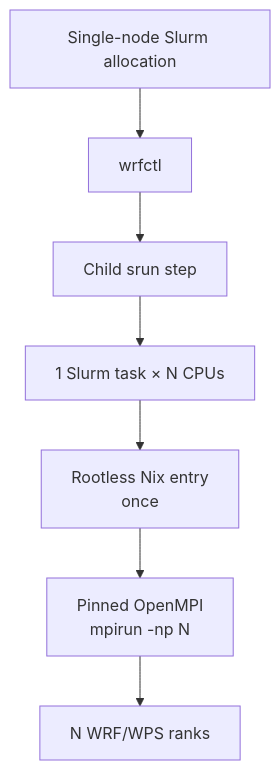
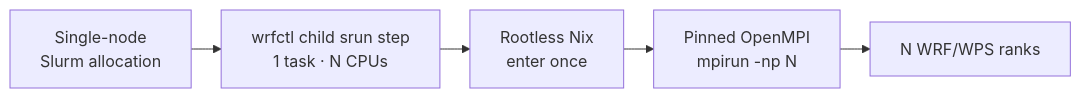
Before and after one commit to YONGHUNI/wrfkit: the third of 3 diagrams in docs/design.md, drawn with Mermaid. The commit also changed 3 other files, not shown here.

Commit message:
docs: compact single-node Mermaid layouts

````diff
--- a/docs/design.md
+++ b/docs/design.md
@@ -165,12 +165,11 @@
 ```mermaid
-flowchart TB
-    A["Single-node Slurm allocation"]
-    B["wrfctl"]
-    C["Child srun step"]
-    D["1 Slurm task × N CPUs"]
-    E["Rootless Nix entry<br/>once"]
-    F["Pinned OpenMPI<br/>mpirun -np N"]
-    G["N WRF/WPS ranks"]
+%%{init: {"flowchart": {"nodeSpacing": 20, "rankSpacing": 30}}}%%
+flowchart LR
+    A["Single-node<br/>Slurm allocation"]
+    B["wrfctl child srun step<br/>1 task · N CPUs"]
+    C["Rootless Nix<br/>enter once"]
+    D["Pinned OpenMPI<br/>mpirun -np N"]
+    E["N WRF/WPS ranks"]
 
-    A --> B --> C --> D --> E --> F --> G
+    A --> B --> C --> D --> E
 ```
````
